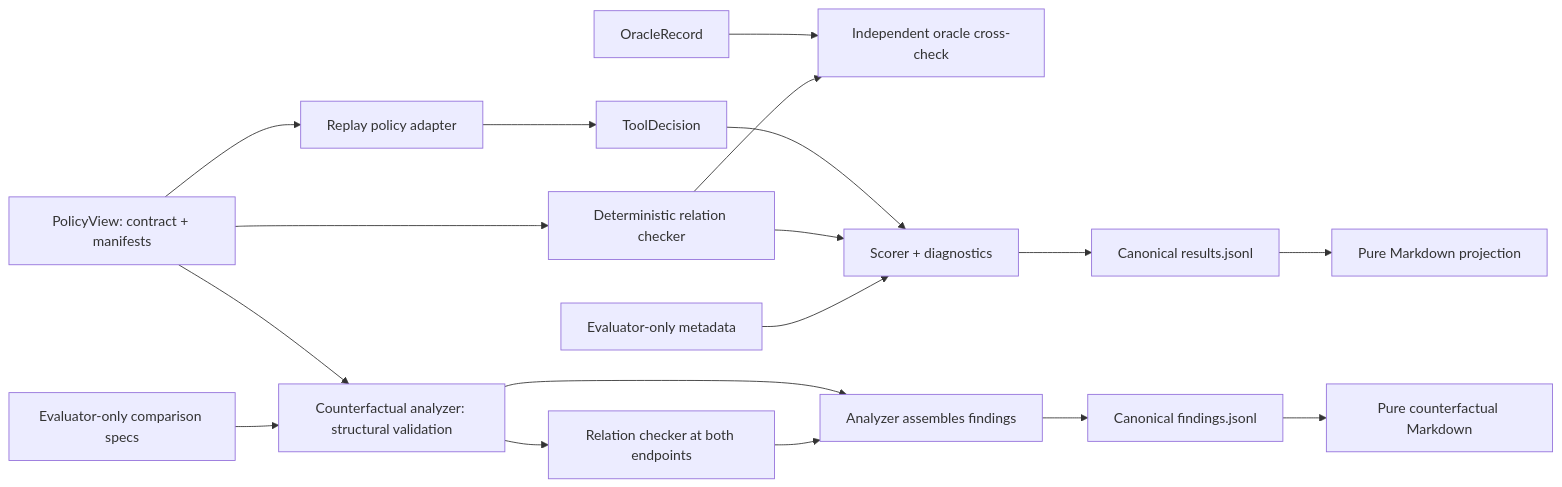
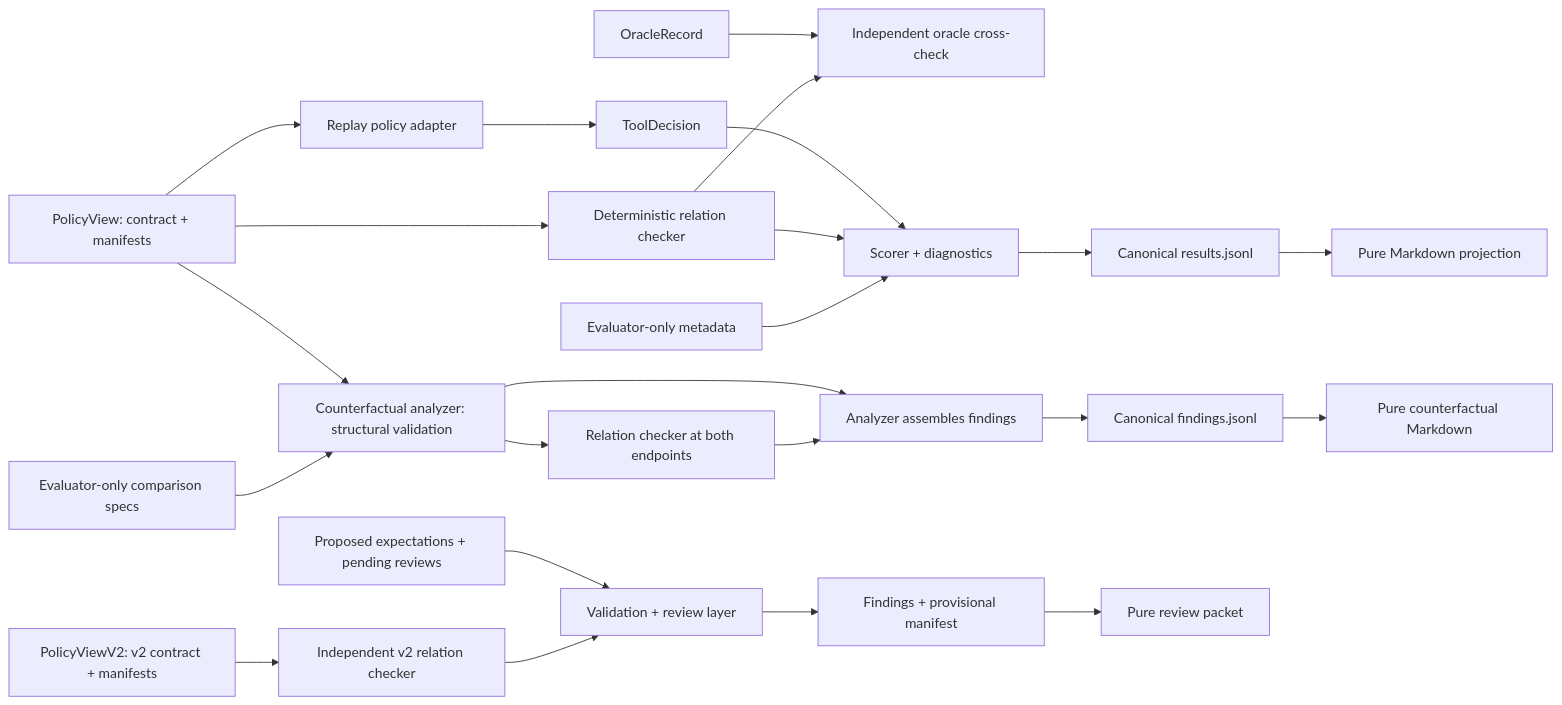
The diagram in README.md (eriksrice/tool-choice-contract-trial), drawn with Mermaid before and after one commit. The commit also changed other lines of this file and 36 other files, not shown here.

````diff
--- a/README.md
+++ b/README.md
@@ -17,24 +17,30 @@
 ```mermaid
 flowchart LR
     V["PolicyView: contract + manifests"] --> P["Replay policy adapter"]
     P --> D["ToolDecision"]
 
     V --> C["Deterministic relation checker"]
     O["OracleRecord"] --> X["Independent oracle cross-check"]
     C --> X
 
     D --> S["Scorer + diagnostics"]
     C --> S
     M["Evaluator-only metadata"] --> S
 
     S --> J["Canonical results.jsonl"]
     J --> R["Pure Markdown projection"]
 
     V --> A["Counterfactual analyzer: structural validation"]
     Q["Evaluator-only comparison specs"] --> A
     A --> E["Relation checker at both endpoints"]
     A --> B["Analyzer assembles findings"]
     E --> B
     B --> F["Canonical findings.jsonl"]
     F --> G["Pure counterfactual Markdown"]
+
+    V2["PolicyViewV2: v2 contract + manifests"] --> C2["Independent v2 relation checker"]
+    H["Proposed expectations + pending reviews"] --> Q2["Validation + review layer"]
+    C2 --> Q2
+    Q2 --> K["Findings + provisional manifest"]
+    K --> L["Pure review packet"]
 ```
````
